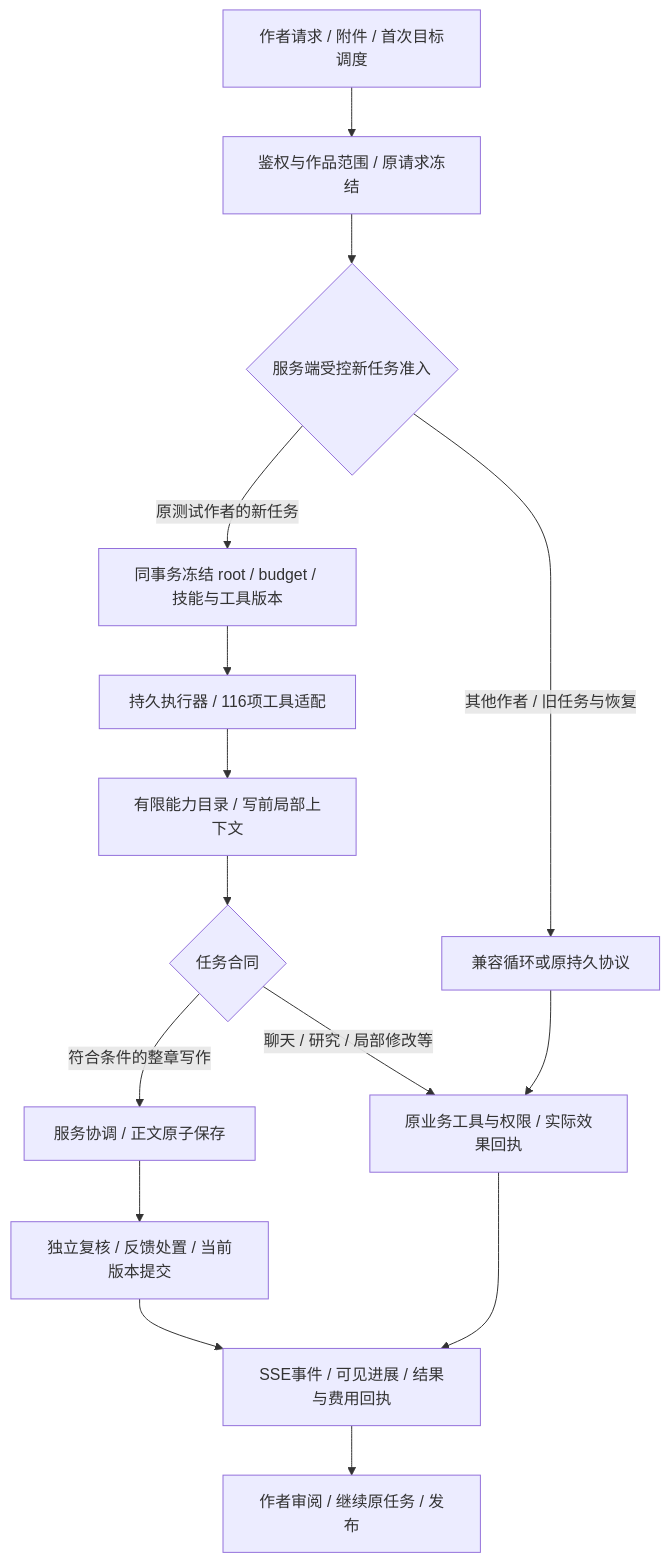
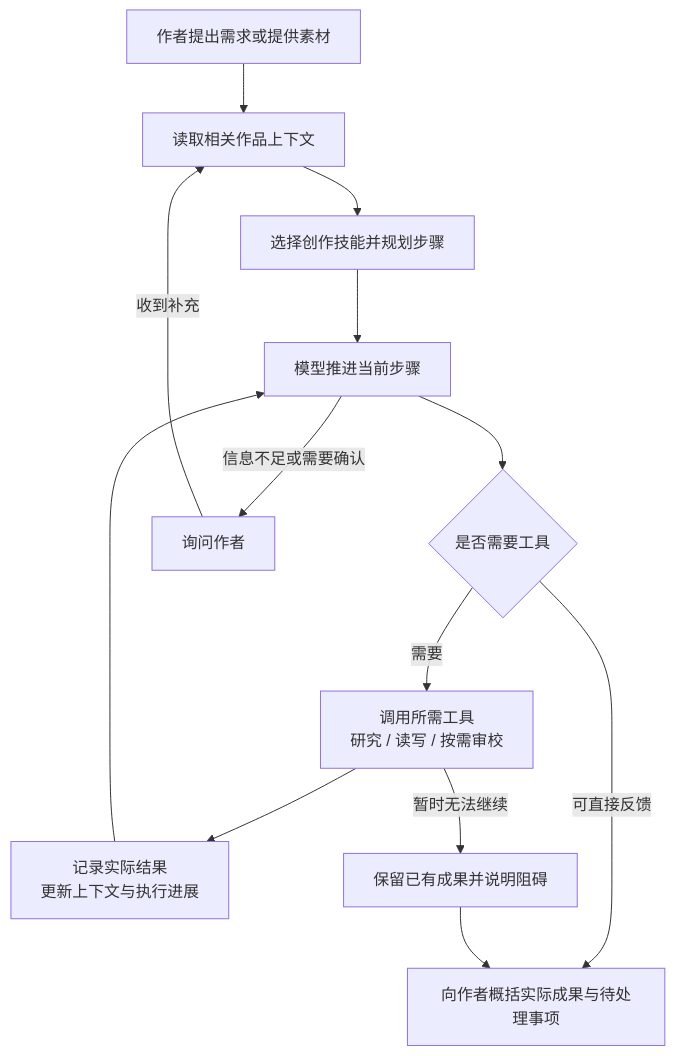
The first of 2 diagrams in data/readmes/Xcy8010__Chevoink.md (zqf20096327/dbhub_collect), drawn with Mermaid before and after one commit. The commit also changed other lines of this file and 404 other files, not shown here.

````diff
--- a/data/readmes/Xcy8010__Chevoink.md
+++ b/data/readmes/Xcy8010__Chevoink.md
@@ -84,17 +71,15 @@
 ```mermaid
 flowchart TD
-  A[作者请求 / 附件 / 首次目标调度] --> B[鉴权与作品范围 / 原请求冻结]
-  B --> C{服务端受控新任务准入}
-  C -->|原测试作者的新任务| D[同事务冻结 root / budget / 技能与工具版本]
-  C -->|其他作者 / 旧任务与恢复| E[兼容循环或原持久协议]
-  D --> F[持久执行器 / 116项工具适配]
-  F --> G[有限能力目录 / 写前局部上下文]
-  G --> H{任务合同}
-  H -->|符合条件的整章写作| I[服务协调 / 正文原子保存]
-  I --> J[独立复核 / 反馈处置 / 当前版本提交]
-  H -->|聊天 / 研究 / 局部修改等| K[原业务工具与权限 / 实际效果回执]
-  E --> K
-  J --> L[SSE事件 / 可见进展 / 结果与费用回执]
-  K --> L
-  L --> M[作者审阅 / 继续原任务 / 发布]
+  A[作者提出需求或提供素材] --> B[读取相关作品上下文]
+  B --> C[选择创作技能并规划步骤]
+  C --> D[模型推进当前步骤]
+  D --> E{是否需要工具}
+  E -->|需要| F[调用所需工具<br/>研究 / 读写 / 按需审校]
+  F --> G[记录实际结果<br/>更新上下文与执行进展]
+  G --> D
+  E -->|可直接反馈| H[向作者概括实际成果与待处理事项]
+  D -->|信息不足或需要确认| I[询问作者]
+  I -->|收到补充| B
+  F -->|暂时无法继续| J[保留已有成果并说明阻碍]
+  J --> H
 ```
````
